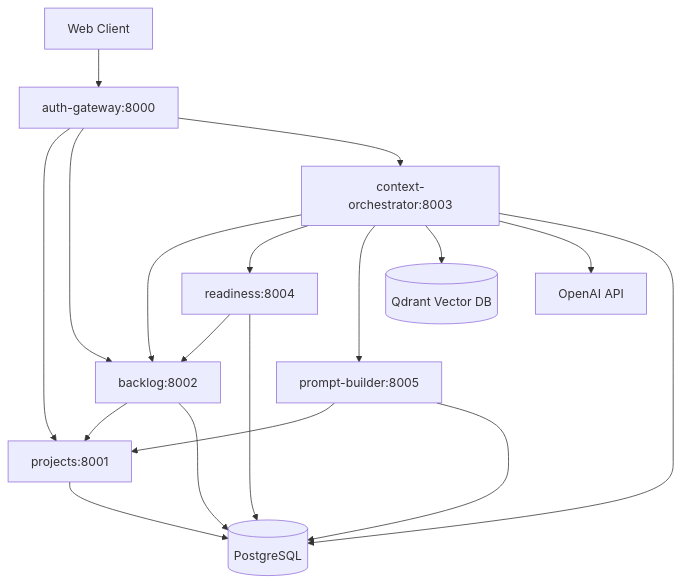
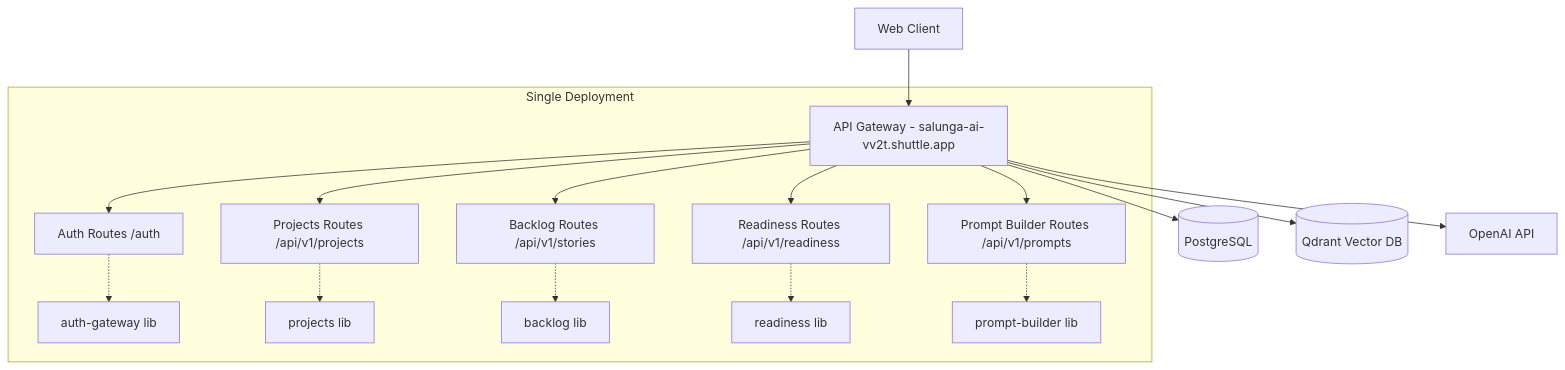
Before and after one commit to masseyis/gamalan: the diagram in docs/adr/LIVING_ARCHITECTURE.md, drawn with Mermaid. The commit also changed other lines of this file and 45 other files, not shown here.

````diff
--- a/docs/adr/LIVING_ARCHITECTURE.md
+++ b/docs/adr/LIVING_ARCHITECTURE.md
@@ -17,23 +17,22 @@
 ```mermaid
 graph TB
-    Client[Web Client] --> AuthGW[auth-gateway:8000]
-    AuthGW --> Projects[projects:8001]
-    AuthGW --> Backlog[backlog:8002]
-    AuthGW --> Context[context-orchestrator:8003]
+    Client[Web Client] --> Gateway[API Gateway - salunga-ai-vv2t.shuttle.app]
     
-    Context --> Backlog
-    Context --> Readiness[readiness:8004]
-    Context --> PromptBuilder[prompt-builder:8005]
-    Context --> Qdrant[(Qdrant Vector DB)]
-    Context --> OpenAI[OpenAI API]
+    subgraph "Single Deployment"
+        Gateway --> Auth[Auth Routes /auth]
+        Gateway --> Projects[Projects Routes /api/v1/projects]
+        Gateway --> Backlog[Backlog Routes /api/v1/stories]
+        Gateway --> Readiness[Readiness Routes /api/v1/readiness]
+        Gateway --> PromptBuilder[Prompt Builder Routes /api/v1/prompts]
+        
+        Auth -.-> AuthLib[auth-gateway lib]
+        Projects -.-> ProjectsLib[projects lib]
+        Backlog -.-> BacklogLib[backlog lib] 
+        Readiness -.-> ReadinessLib[readiness lib]
+        PromptBuilder -.-> PromptBuilderLib[prompt-builder lib]
+    end
     
-    Backlog --> Projects
-    Readiness --> Backlog
-    PromptBuilder --> Projects
-    
-    Projects --> DB[(PostgreSQL)]
-    Backlog --> DB
-    Context --> DB
-    Readiness --> DB
-    PromptBuilder --> DB
+    Gateway --> DB[(PostgreSQL)]
+    Gateway --> Qdrant[(Qdrant Vector DB)]
+    Gateway --> OpenAI[OpenAI API]
 ```
````
